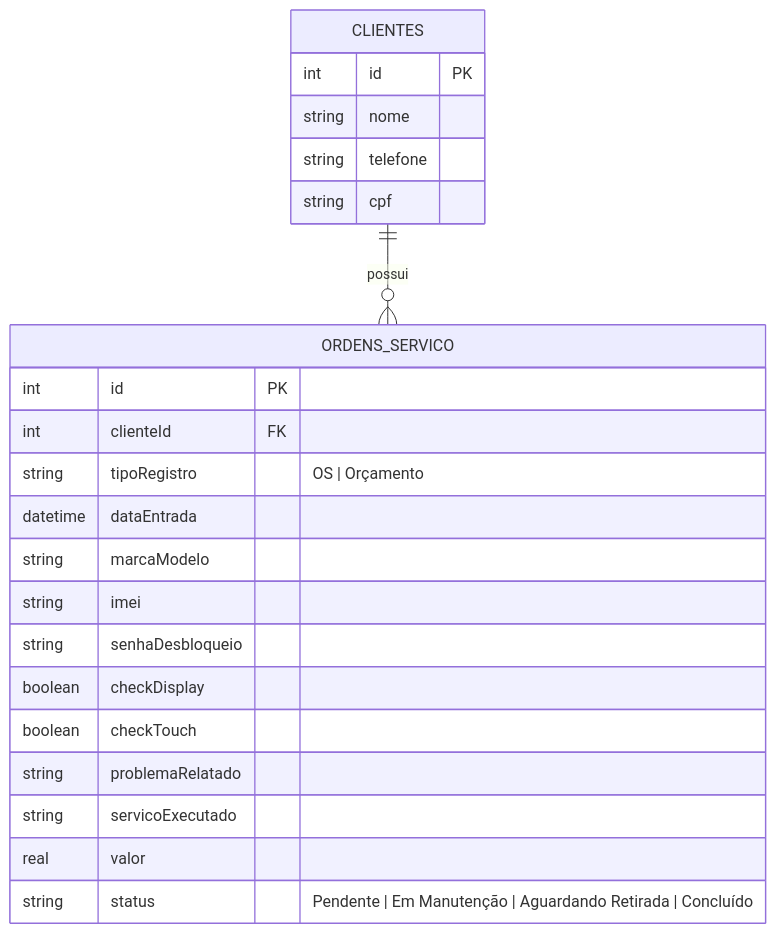
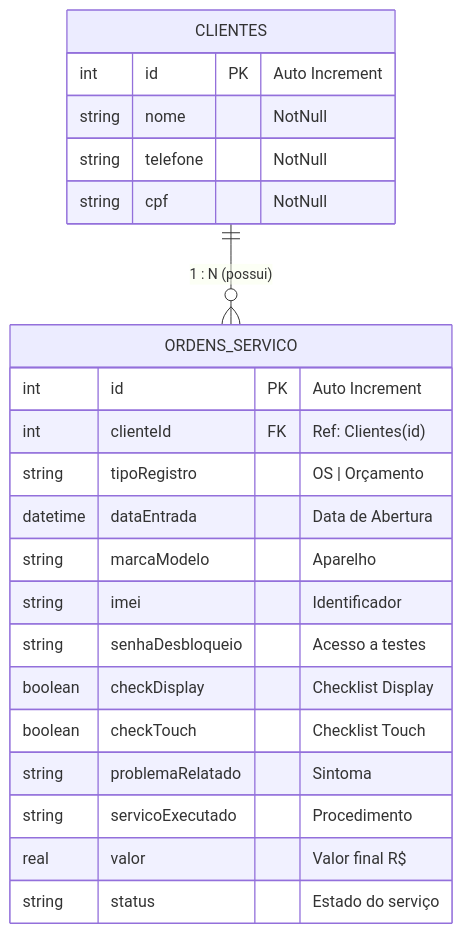
One commit to AnthyGuedes/Telecell-Mobile changed the diagram in README.md. Above: the diagram before and after it, drawn with Mermaid. The commit also changed other lines of this file, not shown here.

````diff
--- a/README.md
+++ b/README.md
@@ -82,25 +111,25 @@
 ```mermaid
 erDiagram
-    CLIENTES ||--o{ ORDENS_SERVICO : possui
+    CLIENTES ||--o{ ORDENS_SERVICO : "1 : N (possui)"
     CLIENTES {
-        int id PK
-        string nome
-        string telefone
-        string cpf
+        int id PK "Auto Increment"
+        string nome "NotNull"
+        string telefone "NotNull"
+        string cpf "NotNull"
     }
     ORDENS_SERVICO {
-        int id PK
-        int clienteId FK
+        int id PK "Auto Increment"
+        int clienteId FK "Ref: Clientes(id)"
         string tipoRegistro "OS | Orçamento"
-        datetime dataEntrada
-        string marcaModelo
-        string imei
-        string senhaDesbloqueio
-        boolean checkDisplay
-        boolean checkTouch
-        string problemaRelatado
-        string servicoExecutado
-        real valor
-        string status "Pendente | Em Manutenção | Aguardando Retirada | Concluído"
+        datetime dataEntrada "Data de Abertura"
+        string marcaModelo "Aparelho"
+        string imei "Identificador"
+        string senhaDesbloqueio "Acesso a testes"
+        boolean checkDisplay "Checklist Display"
+        boolean checkTouch "Checklist Touch"
+        string problemaRelatado "Sintoma"
+        string servicoExecutado "Procedimento"
+        real valor "Valor final R$"
+        string status "Estado do serviço"
     }
 ```
````
